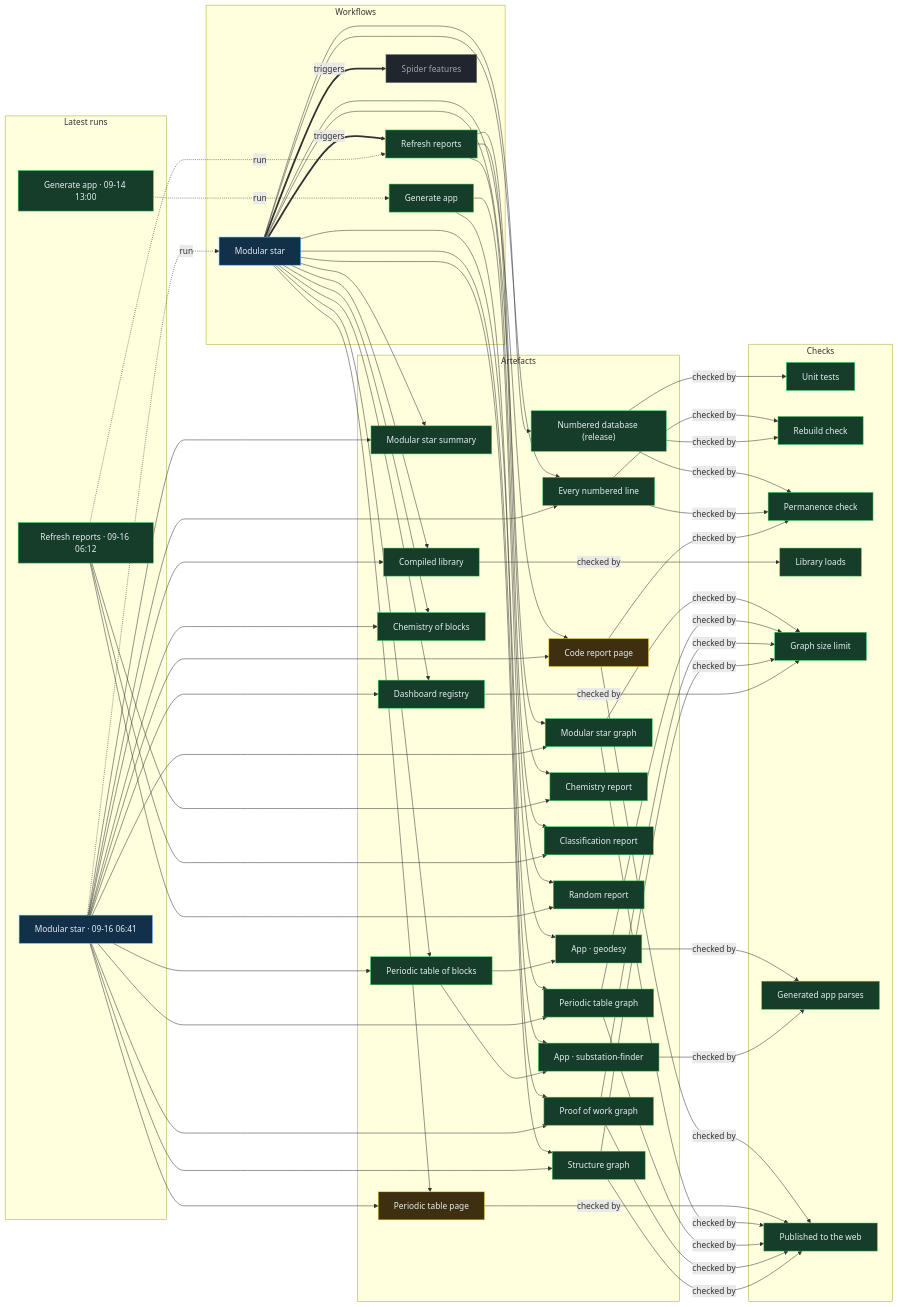
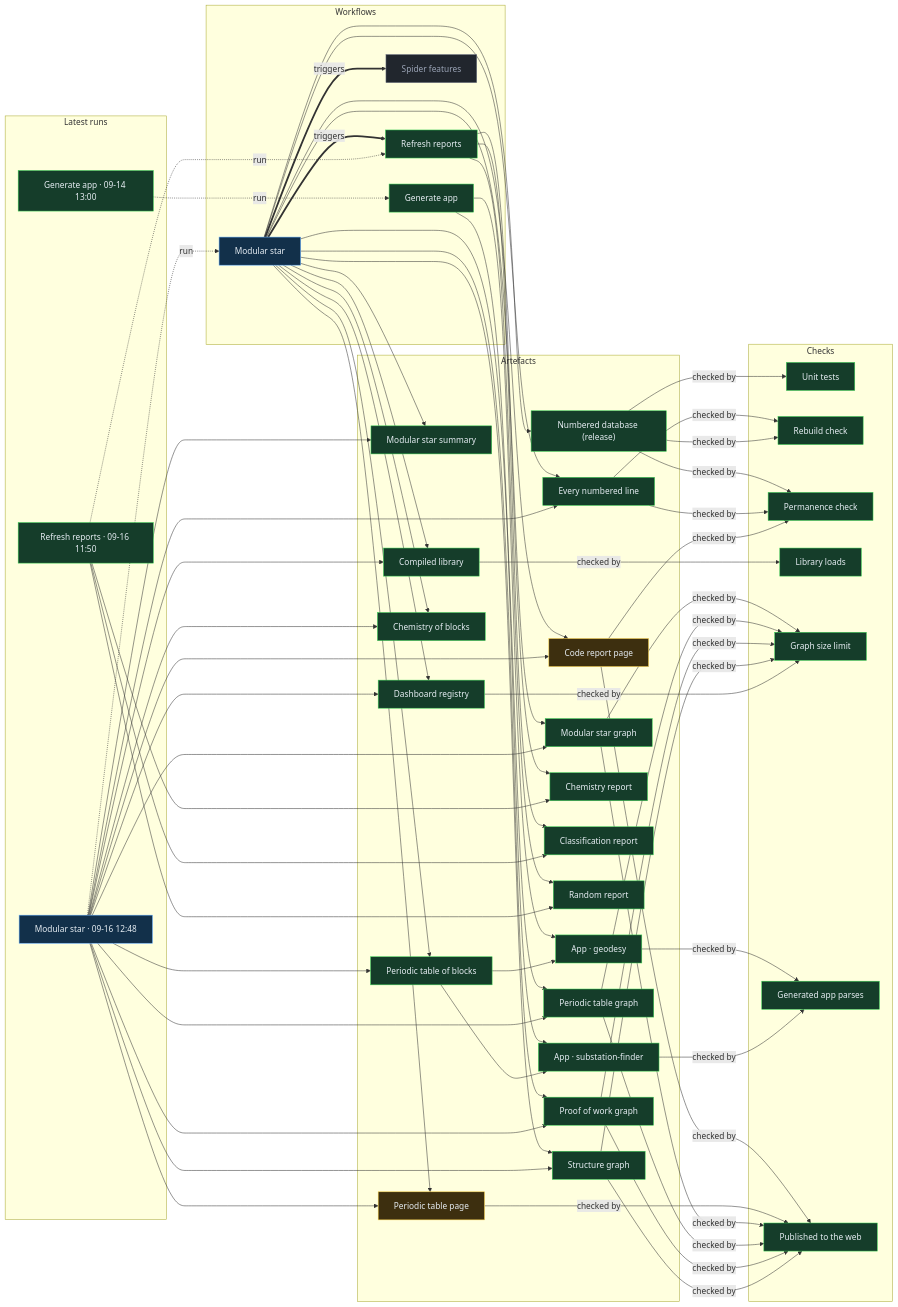
One commit to Ventusltd/stars changed the diagram in proof/PROOF.md. Above: the diagram before and after it, drawn with Mermaid. The commit also changed other lines of this file and 100 other files, not shown here.

Commit message:
Modular star 2026-09-16T12:50Z

```diff
--- a/proof/PROOF.md
+++ b/proof/PROOF.md
@@ -24,8 +24,8 @@
   n_wf_spider_features["Spider features"]:::off
   end
   subgraph g_runs["Latest runs"]
-  n_run_35064858864["Modular star · 09-16 06:41"]:::live
-  n_run_35062665303["Refresh reports · 09-16 06:12"]:::ok
+  n_run_35097981017["Modular star · 09-16 12:48"]:::live
+  n_run_35092525690["Refresh reports · 09-16 11:50"]:::ok
   n_run_34846587798["Generate app · 09-14 13:00"]:::ok
   end
   subgraph g_artefacts["Artefacts"]
@@ -59,39 +59,39 @@
   end
   n_wf_modular_star == triggers ==> n_wf_refresh
   n_wf_modular_star == triggers ==> n_wf_spider_features
-  n_run_35064858864 -. run .-> n_wf_modular_star
-  n_run_35062665303 -. run .-> n_wf_refresh
+  n_run_35097981017 -. run .-> n_wf_modular_star
+  n_run_35092525690 -. run .-> n_wf_refresh
   n_run_34846587798 -. run .-> n_wf_generate
   n_wf_modular_star --> n_art_summary
-  n_run_35064858864 --> n_art_summary
+  n_run_35097981017 --> n_art_summary
   n_wf_modular_star --> n_art_lines
-  n_run_35064858864 --> n_art_lines
+  n_run_35097981017 --> n_art_lines
   n_wf_modular_star --> n_art_code
-  n_run_35064858864 --> n_art_code
+  n_run_35097981017 --> n_art_code
   n_wf_modular_star --> n_art_modular_graph
-  n_run_35064858864 --> n_art_modular_graph
+  n_run_35097981017 --> n_art_modular_graph
   n_wf_modular_star --> n_art_blocks
-  n_run_35064858864 --> n_art_blocks
+  n_run_35097981017 --> n_art_blocks
   n_wf_modular_star --> n_art_table
-  n_run_35064858864 --> n_art_table
+  n_run_35097981017 --> n_art_table
   n_wf_modular_star --> n_art_blocks_graph
-  n_run_35064858864 --> n_art_blocks_graph
+  n_run_35097981017 --> n_art_blocks_graph
   n_wf_modular_star --> n_art_reactions
-  n_run_35064858864 --> n_art_reactions
+  n_run_35097981017 --> n_art_reactions
   n_wf_modular_star --> n_art_library
-  n_run_35064858864 --> n_art_library
+  n_run_35097981017 --> n_art_library
   n_wf_modular_star --> n_art_features
-  n_run_35064858864 --> n_art_features
+  n_run_35097981017 --> n_art_features
   n_wf_modular_star --> n_art_proof
-  n_run_35064858864 --> n_art_proof
+  n_run_35097981017 --> n_art_proof
   n_wf_modular_star --> n_art_structure
-  n_run_35064858864 --> n_art_structure
+  n_run_35097981017 --> n_art_structure
   n_wf_refresh --> n_art_chemistry
-  n_run_35062665303 --> n_art_chemistry
+  n_run_35092525690 --> n_art_chemistry
   n_wf_refresh --> n_art_vedic
-  n_run_35062665303 --> n_art_vedic
+  n_run_35092525690 --> n_art_vedic
   n_wf_refresh --> n_art_random
-  n_run_35062665303 --> n_art_random
+  n_run_35092525690 --> n_art_random
   n_wf_modular_star --> n_art_release
   n_wf_generate --> n_app_geodesy
   n_art_blocks --> n_app_geodesy
```
